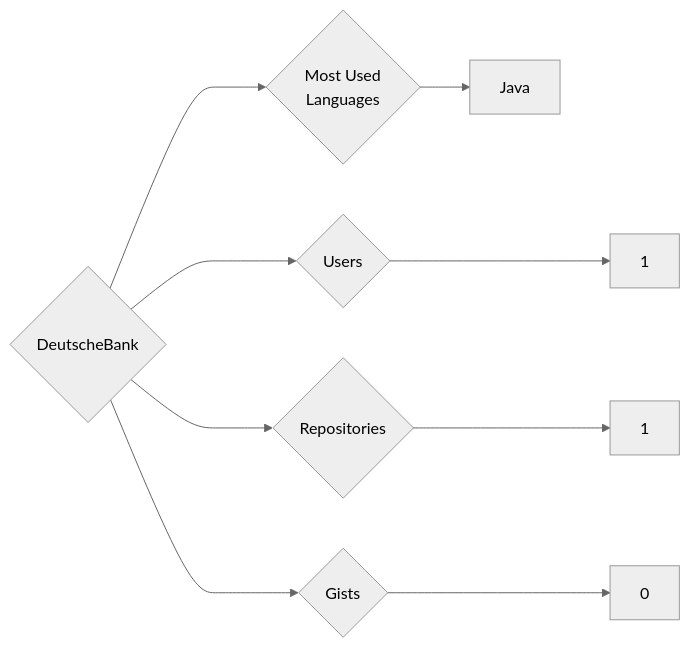
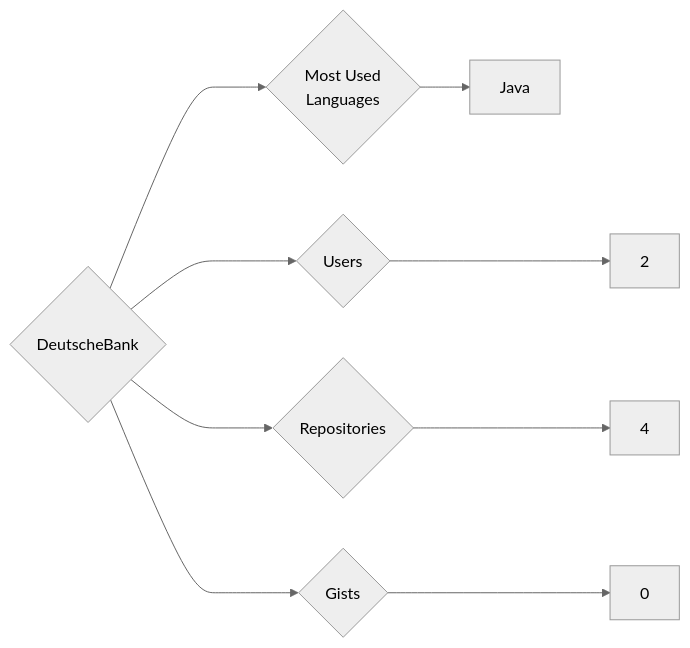
The diagram in targets/DeutscheBank/README.md (trickest/insiders), drawn with Mermaid (neutral theme) before and after one commit. The commit also changed 930 other files, not shown here.

````diff
--- a/targets/DeutscheBank/README.md
+++ b/targets/DeutscheBank/README.md
@@ -3,9 +3,9 @@
 ```mermaid
 graph LR
 COMPANY_NAME{DeutscheBank}
-COMPANY_NAME ---> U{Users} ---> UN[1]
-COMPANY_NAME ---> R{Repositories} ---> RN[1]
+COMPANY_NAME ---> U{Users} ---> UN[2]
+COMPANY_NAME ---> R{Repositories} ---> RN[4]
 COMPANY_NAME ---> G{Gists} ---> GN[0]
 COMPANY_NAME ---> ML{Most Used<br>Languages}
 ML --> Java[Java]
 ```
````
